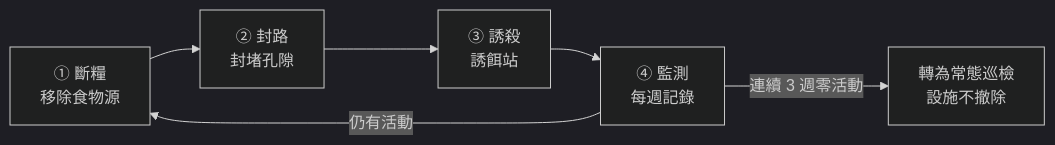
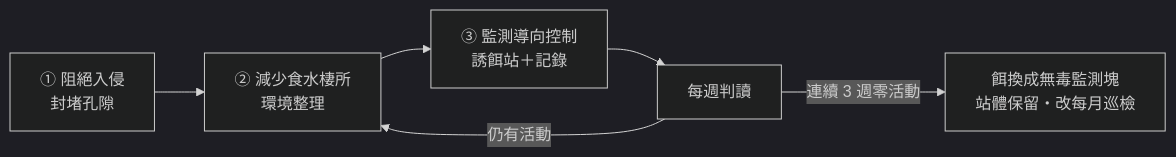
Before and after one commit to culturalcity/culturalcity.github.io: the diagram in src/admin/staff/rodent-control.md, drawn with Mermaid (dark theme). The commit also changed other lines of this file and 1 other file, not shown here.

````diff
--- a/src/admin/staff/rodent-control.md
+++ b/src/admin/staff/rodent-control.md
@@ -24,8 +31,8 @@
 ```mermaid
 graph LR
-    A["① 斷糧<br/>移除食物源"] --> B["② 封路<br/>封堵孔隙"]
-    B --> C["③ 誘殺<br/>誘餌站"]
-    C --> D["④ 監測<br/>每週記錄"]
-    D -->|"連續 3 週零活動"| E["轉為常態巡檢<br/>設施不撤除"]
-    D -->|"仍有活動"| A
+    A["① 阻絕入侵<br/>封堵孔隙"] --> B["② 減少食水棲所<br/>環境整理"]
+    B --> C["③ 監測導向控制<br/>誘餌站＋記錄"]
+    C --> D["每週判讀"]
+    D -->|"連續 3 週零活動"| E["餌換成無毒監測塊<br/>站體保留・改每月巡檢"]
+    D -->|"仍有活動"| B
 ```
````
